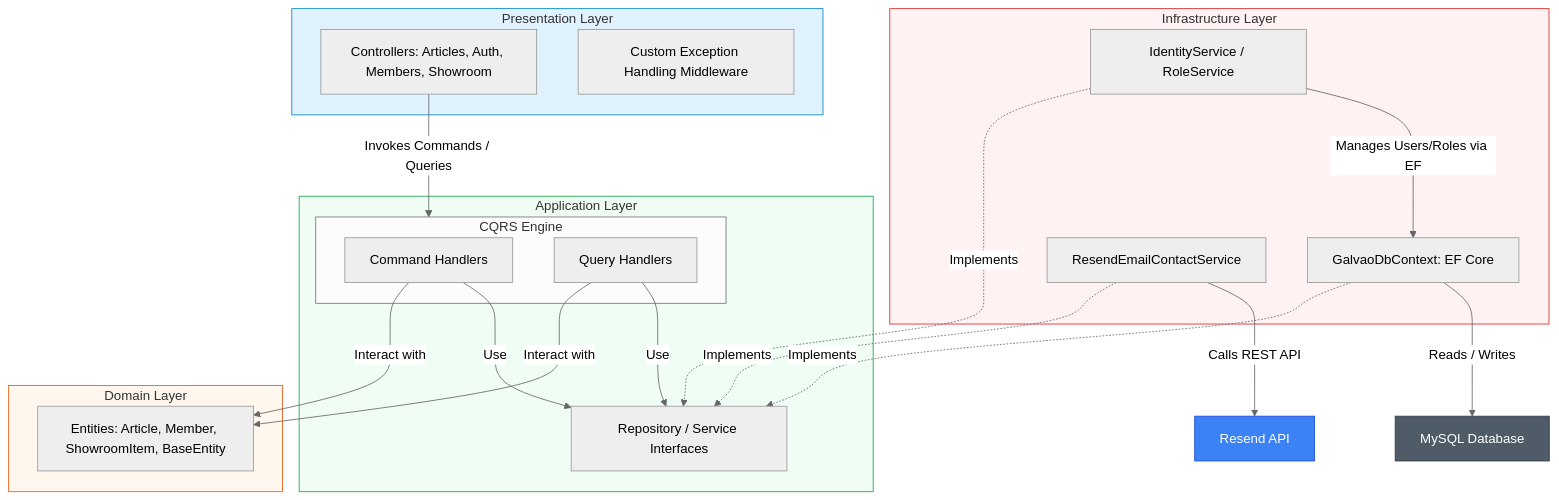
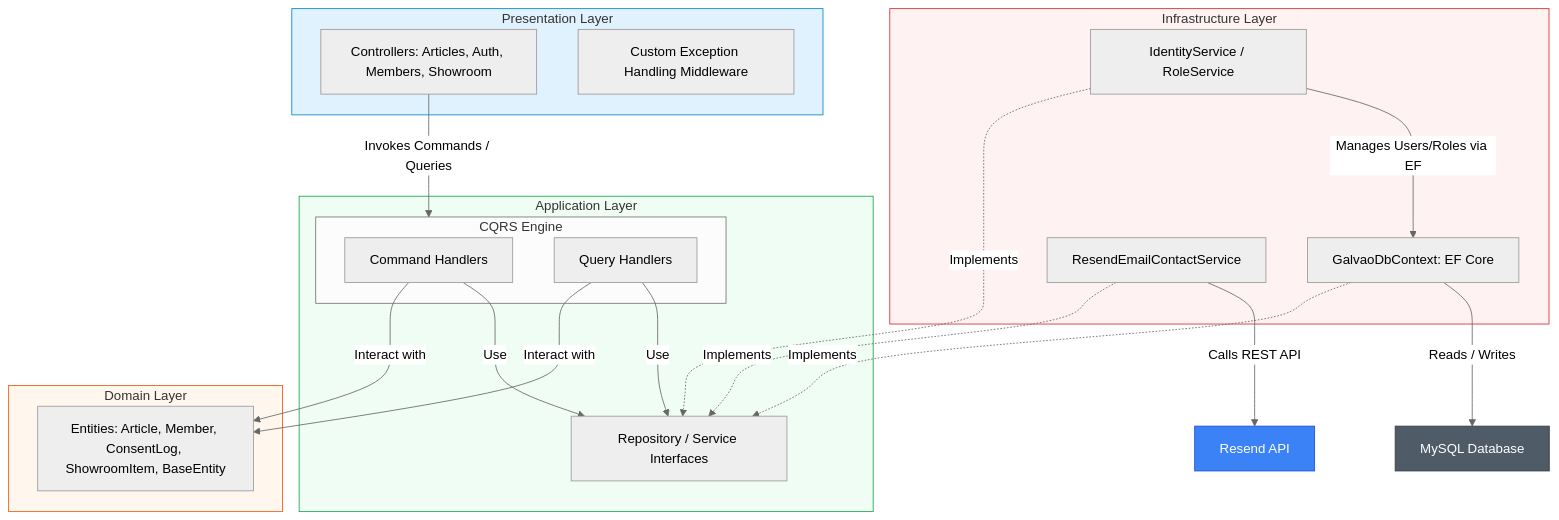
The third of 3 diagrams in docs/diagrams/c4/c4_diagrams.md (gilrsantana/Galvao), drawn with Mermaid (neutral theme) before and after one commit. The commit also changed other lines of this file and 7 other files, not shown here.

````diff
--- a/docs/diagrams/c4/c4_diagrams.md
+++ b/docs/diagrams/c4/c4_diagrams.md
@@ -97,44 +104,44 @@
 ```mermaid
 graph TB
     subgraph Presentation ["Presentation Layer"]
         Ctrl["Controllers: Articles, Auth, Members, Showroom"]
         MW["Custom Exception Handling Middleware"]
     end
 
     subgraph Application ["Application Layer"]
         subgraph CQRS ["CQRS Engine"]
             CmdHandlers["Command Handlers"]
             QryHandlers["Query Handlers"]
         end
         Interfaces["Repository / Service Interfaces"]
     end
 
     subgraph Infrastructure ["Infrastructure Layer"]
         DBContext["GalvaoDbContext: EF Core"]
         Identity["IdentityService / RoleService"]
         ResendSvc["ResendEmailContactService"]
     end
 
     subgraph Domain ["Domain Layer"]
-        Entities["Entities: Article, Member, ShowroomItem, BaseEntity"]
+        Entities["Entities: Article, Member, ConsentLog, ShowroomItem, BaseEntity"]
     end
 
     Ctrl -->|Invokes Commands / Queries| CQRS
     CmdHandlers & QryHandlers -->|Interact with| Entities
     CmdHandlers & QryHandlers -->|Use| Interfaces
     
     DBContext -.->|Implements| Interfaces
     Identity -.->|Implements| Interfaces
     ResendSvc -.->|Implements| Interfaces
     
     DBContext -->|Reads / Writes| MySQL[MySQL Database]
     Identity -->|Manages Users/Roles via EF| DBContext
     ResendSvc -->|Calls REST API| ResendAPI["Resend API"]
 
     style Presentation fill:#e0f2fe,stroke:#0284c7
     style Application fill:#f0fdf4,stroke:#16a34a
     style Infrastructure fill:#fef2f2,stroke:#dc2626
     style Domain fill:#fff7ed,stroke:#ea580c
     style MySQL fill:#4f5b66,stroke:#343d46,color:#fff
     style ResendAPI fill:#3b82f6,stroke:#1d4ed8,color:#fff
 ```
````
